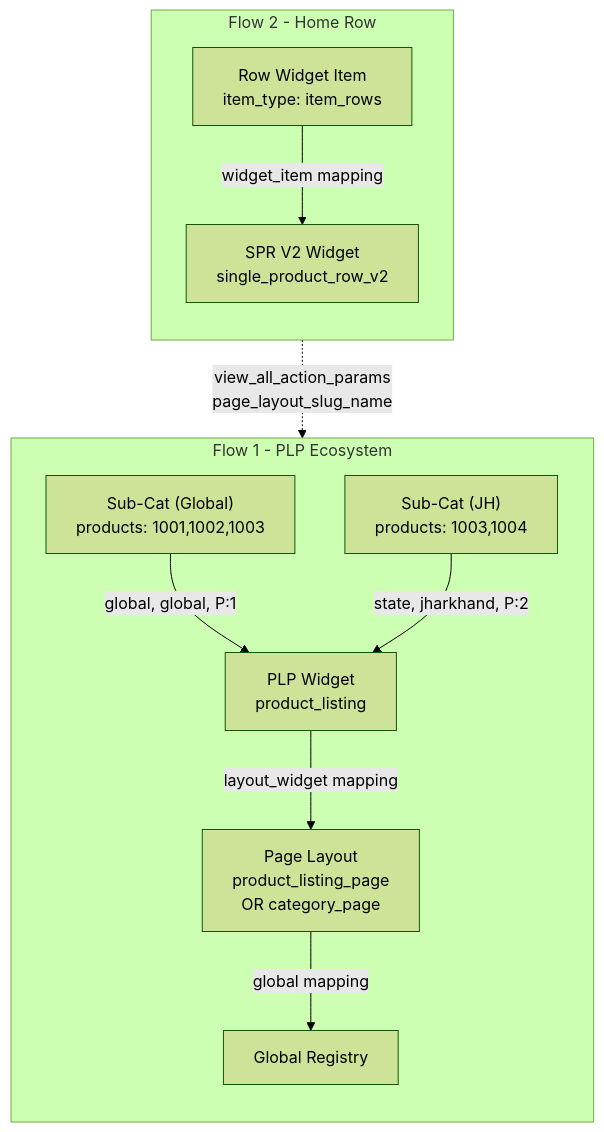
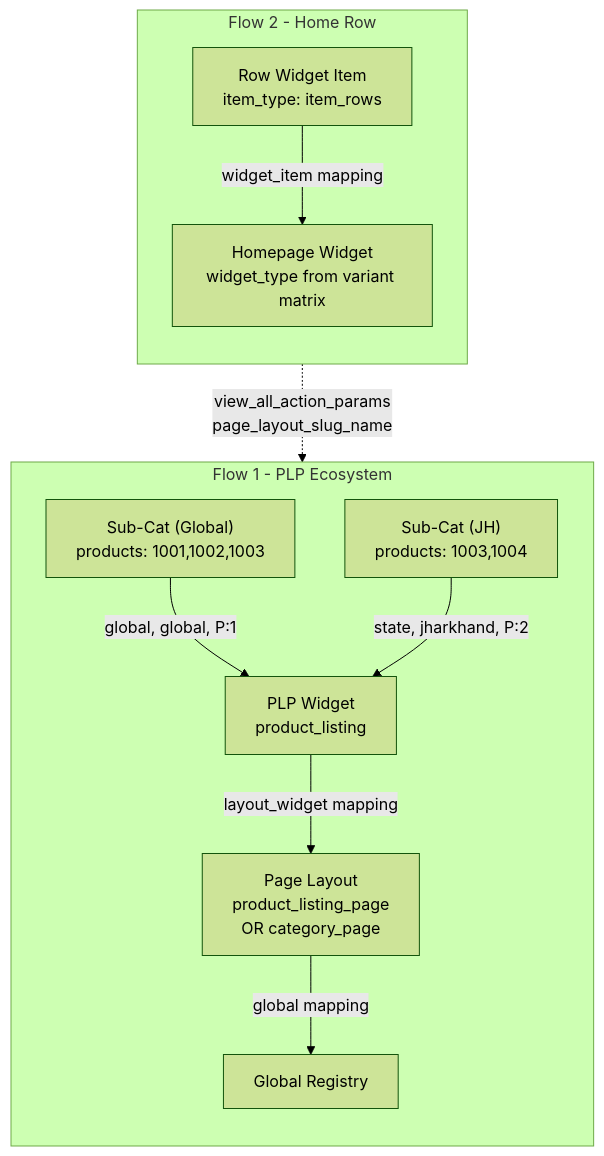
Before and after one commit to satyamgupta1312/Optimus: the sixth of 7 diagrams in wiki/PLP-PAGE-widget-support.md, drawn with Mermaid (forest theme). The commit also changed other lines of this file and 101 other files, not shown here.

````diff
--- a/wiki/PLP-PAGE-widget-support.md
+++ b/wiki/PLP-PAGE-widget-support.md
@@ -377,27 +355,27 @@
 ```mermaid
 flowchart TD
     subgraph Flow 1 - PLP Ecosystem
         direction TB
         SC_G["Sub-Cat (Global)\nproducts: 1001,1002,1003"]
         SC_JH["Sub-Cat (JH)\nproducts: 1003,1004"]
 
         PLP["PLP Widget\nproduct_listing"]
         Page["Page Layout\nproduct_listing_page\nOR category_page"]
 
         SC_G -->|"global, global, P:1"| PLP
         SC_JH -->|"state, jharkhand, P:2"| PLP
 
         PLP -->|layout_widget mapping| Page
         Page -->|global mapping| Global[Global Registry]
     end
 
     subgraph Flow 2 - Home Row
         direction TB
         RI["Row Widget Item\nitem_type: item_rows"]
-        SPR["SPR V2 Widget\nsingle_product_row_v2"]
+        SPR["Homepage Widget\nwidget_type from variant matrix"]
 
         RI -->|widget_item mapping| SPR
     end
 
     SPR -.->|"view_all_action_params\npage_layout_slug_name"| Page
 ```
````
